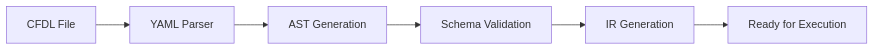
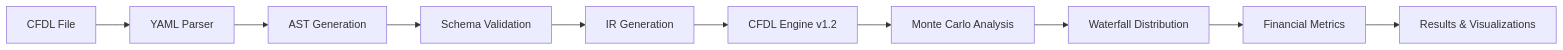
The diagram in website/docs/intro.md (bizarc/cfdl-project), drawn with Mermaid before and after one commit. The commit also changed other lines of this file and 11 other files, not shown here.

````diff
--- a/website/docs/intro.md
+++ b/website/docs/intro.md
@@ -28,8 +31,12 @@
 ```mermaid
 graph LR
     A[CFDL File] --> B[YAML Parser]
     B --> C[AST Generation]
     C --> D[Schema Validation]
     D --> E[IR Generation]
-    E --> F[Ready for Execution]
+    E --> F[CFDL Engine v1.2]
+    F --> G[Monte Carlo Analysis]
+    G --> H[Waterfall Distribution]
+    H --> I[Financial Metrics]
+    I --> J[Results & Visualizations]
 ```
````
